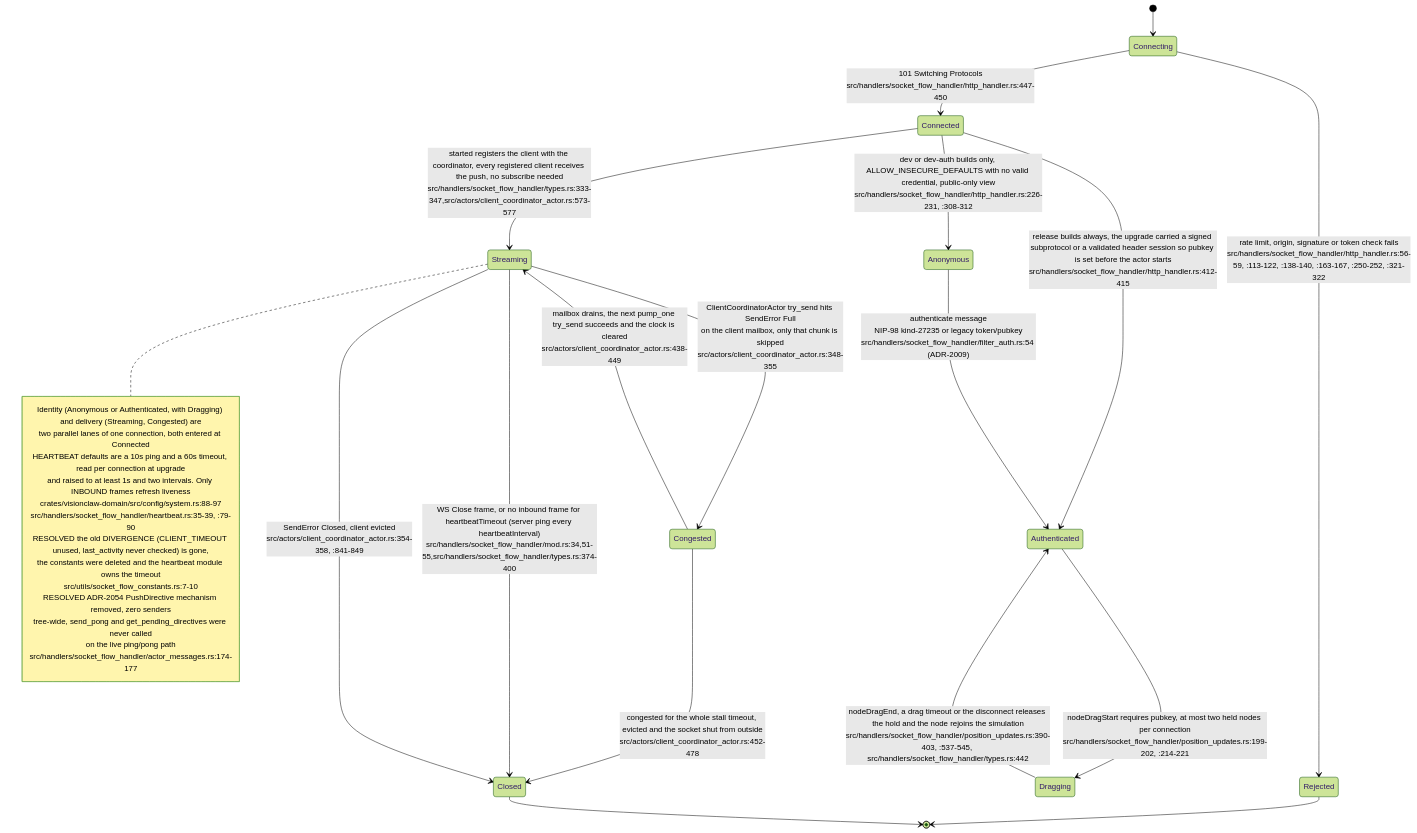
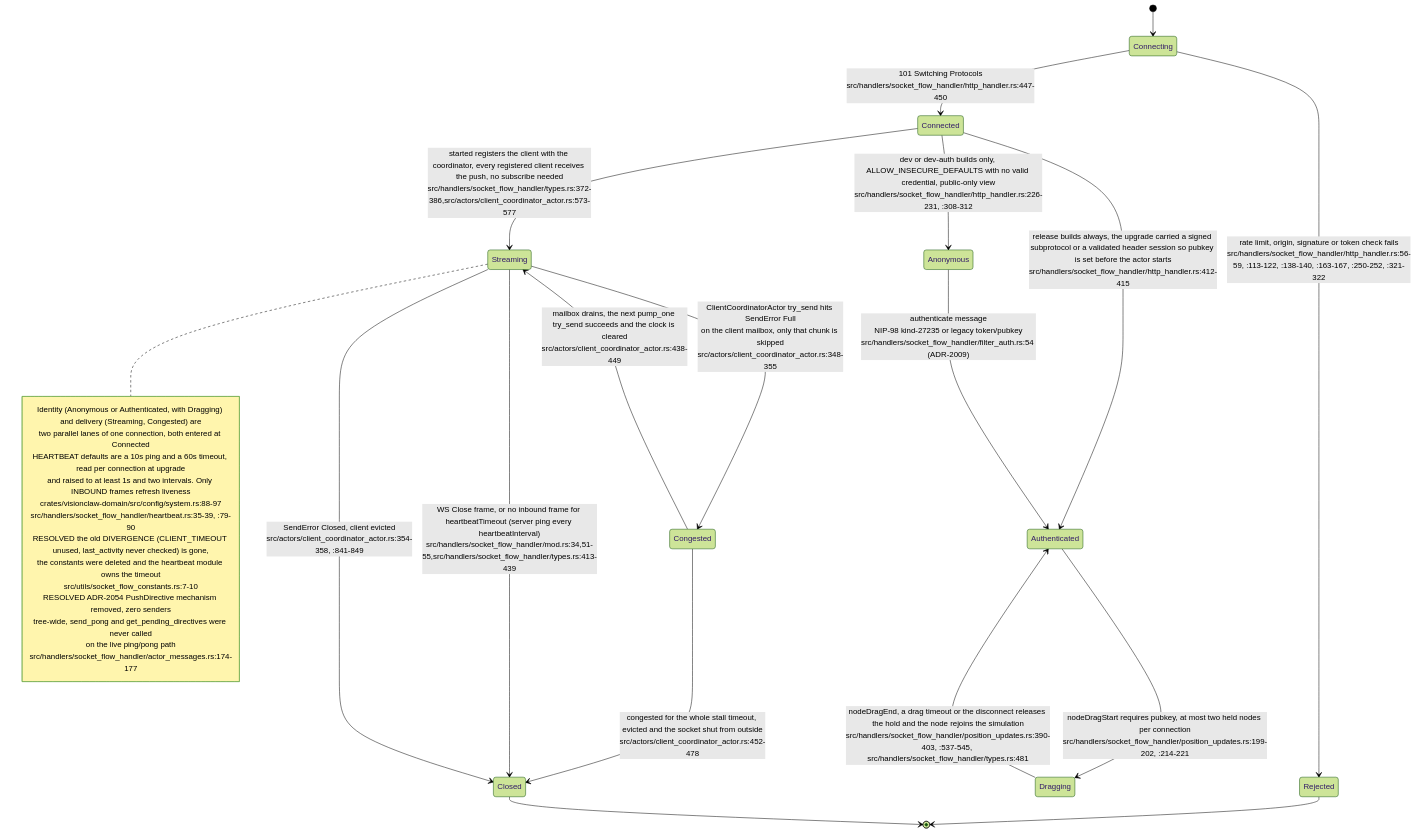
One commit to DreamLab-AI/VisionFlow changed the ninth of 9 diagrams in docs/diagrams/visionclaw/13-broadcast-pipeline-and-websocket.md. Above: the diagram before and after it, drawn with Mermaid (forest theme). The commit also changed other lines of this file and 7 other files, not shown here.

First line of the commit message:
diagrams(visionclaw): re-verify VC-09..VC-16 at visionclaw 4900ec60

````diff
--- a/docs/diagrams/visionclaw/13-broadcast-pipeline-and-websocket.md
+++ b/docs/diagrams/visionclaw/13-broadcast-pipeline-and-websocket.md
@@ -498,39 +499,39 @@
 ```mermaid
 stateDiagram-v2
     [*] --> Connecting
     Connecting --> Rejected: rate limit, origin, signature or token check fails<br/>src/handlers/socket_flow_handler/http_handler.rs:56-59, :113-122, :138-140, :163-167, :250-252, :321-322
     Connecting --> Connected: 101 Switching Protocols<br/>src/handlers/socket_flow_handler/http_handler.rs:447-450
     Rejected --> [*]
 
     Connected --> Authenticated: release builds always, the upgrade carried a signed subprotocol or a validated header session so pubkey is set before the actor starts<br/>src/handlers/socket_flow_handler/http_handler.rs:412-415
     Connected --> Anonymous: dev or dev-auth builds only, ALLOW_INSECURE_DEFAULTS with no valid credential, public-only view<br/>src/handlers/socket_flow_handler/http_handler.rs:226-231, :308-312
     Anonymous --> Authenticated: authenticate message<br/>NIP-98 kind-27235 or legacy token/pubkey<br/>src/handlers/socket_flow_handler/filter_auth.rs:54 (ADR-2009)
 
     Authenticated --> Dragging: nodeDragStart requires pubkey, at most two held nodes per connection<br/>src/handlers/socket_flow_handler/position_updates.rs:199-202, :214-221
-    Dragging --> Authenticated: nodeDragEnd, a drag timeout or the disconnect releases the hold and the node rejoins the simulation<br/>src/handlers/socket_flow_handler/position_updates.rs:390-403, :537-545, src/handlers/socket_flow_handler/types.rs:442
+    Dragging --> Authenticated: nodeDragEnd, a drag timeout or the disconnect releases the hold and the node rejoins the simulation<br/>src/handlers/socket_flow_handler/position_updates.rs:390-403, :537-545, src/handlers/socket_flow_handler/types.rs:481
 
-    Connected --> Streaming: started registers the client with the coordinator, every registered client receives the push, no subscribe needed<br/>src/handlers/socket_flow_handler/types.rs:333-347,src/actors/client_coordinator_actor.rs:573-577
+    Connected --> Streaming: started registers the client with the coordinator, every registered client receives the push, no subscribe needed<br/>src/handlers/socket_flow_handler/types.rs:372-386,src/actors/client_coordinator_actor.rs:573-577
     Streaming --> Congested: ClientCoordinatorActor try_send hits SendError Full<br/>on the client mailbox, only that chunk is skipped<br/>src/actors/client_coordinator_actor.rs:348-355
     Congested --> Streaming: mailbox drains, the next pump_one try_send succeeds and the clock is cleared<br/>src/actors/client_coordinator_actor.rs:438-449
     Congested --> Closed: congested for the whole stall timeout, evicted and the socket shut from outside<br/>src/actors/client_coordinator_actor.rs:452-478
 
-    Streaming --> Closed: WS Close frame, or no inbound frame for heartbeatTimeout (server ping every heartbeatInterval)<br/>src/handlers/socket_flow_handler/mod.rs:34,51-55,src/handlers/socket_flow_handler/types.rs:374-400
+    Streaming --> Closed: WS Close frame, or no inbound frame for heartbeatTimeout (server ping every heartbeatInterval)<br/>src/handlers/socket_flow_handler/mod.rs:34,51-55,src/handlers/socket_flow_handler/types.rs:413-439
     Streaming --> Closed: SendError Closed, client evicted<br/>src/actors/client_coordinator_actor.rs:354-358, :841-849
     Closed --> [*]
 
     note right of Streaming
         Identity (Anonymous or Authenticated, with Dragging) and delivery (Streaming, Congested) are
         two parallel lanes of one connection, both entered at Connected
         HEARTBEAT defaults are a 10s ping and a 60s timeout, read per connection at upgrade
         and raised to at least 1s and two intervals. Only INBOUND frames refresh liveness
         crates/visionclaw-domain/src/config/system.rs:88-97
         src/handlers/socket_flow_handler/heartbeat.rs:35-39, :79-90
         RESOLVED the old DIVERGENCE (CLIENT_TIMEOUT unused, last_activity never checked) is gone,
         the constants were deleted and the heartbeat module owns the timeout
         src/utils/socket_flow_constants.rs:7-10
         RESOLVED ADR-2054 PushDirective mechanism removed, zero senders
         tree-wide, send_pong and get_pending_directives were never called
         on the live ping/pong path
         src/handlers/socket_flow_handler/actor_messages.rs:174-177
     end note
 ```
````
